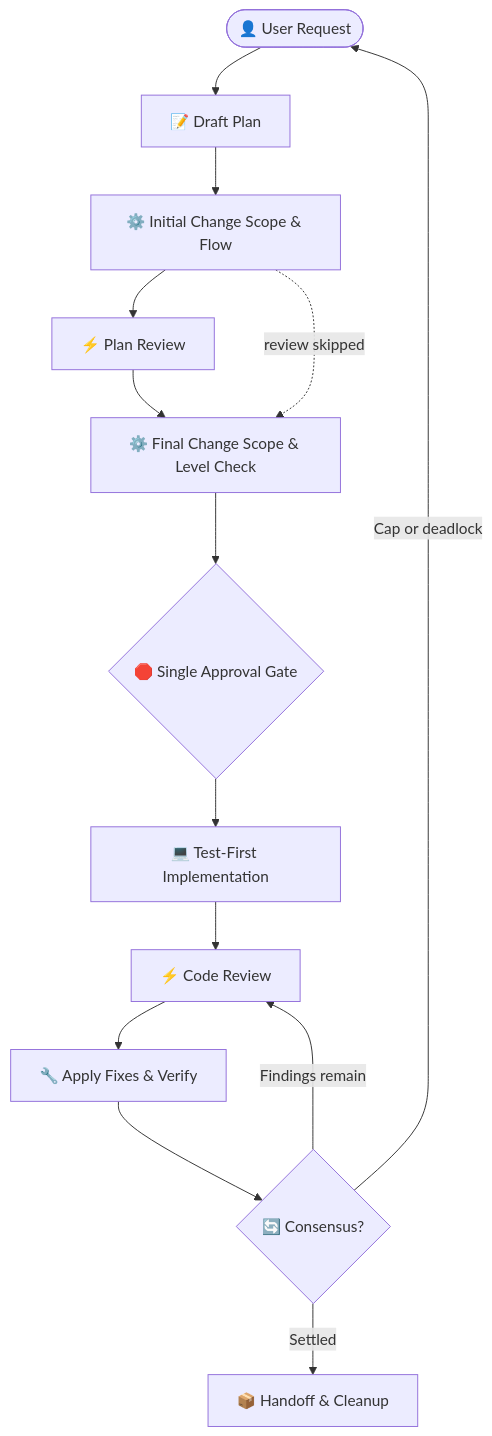
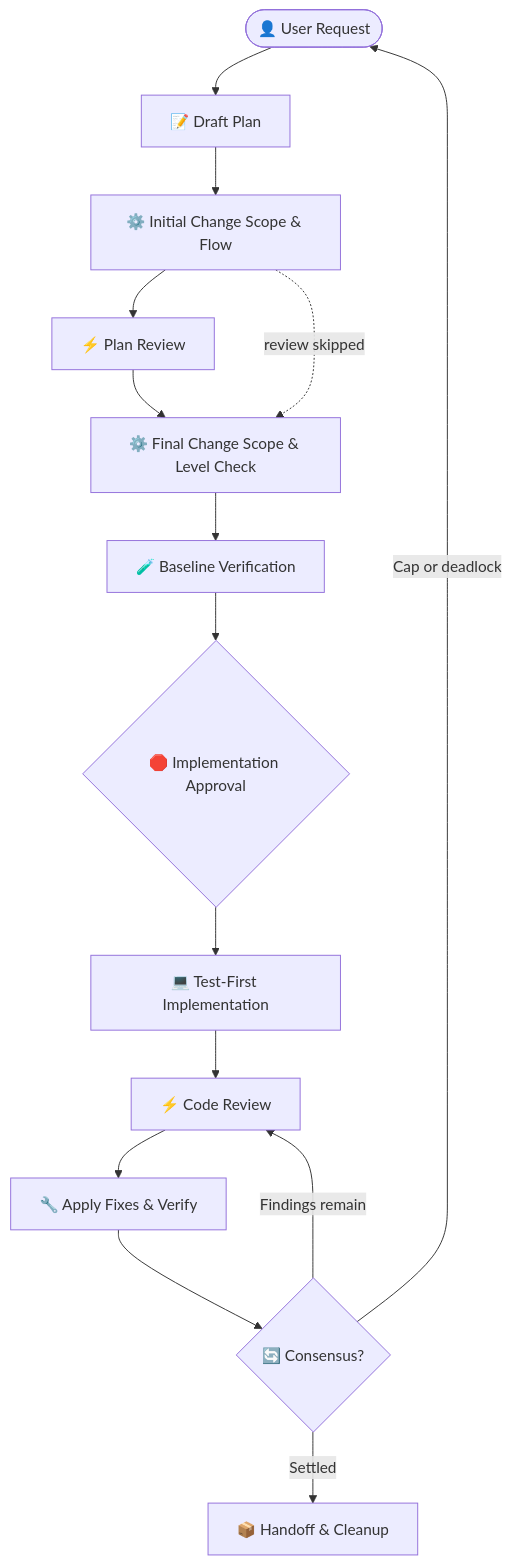
Before and after one commit to Gyunikuchan/dispatch-skills: the diagram in skills/implement-dispatch/README.md, drawn with Mermaid. The commit also changed other lines of this file and 22 other files, not shown here.

````diff
--- a/skills/implement-dispatch/README.md
+++ b/skills/implement-dispatch/README.md
@@ -7,16 +7,17 @@
 ```mermaid
 flowchart TD
     User(["👤 User Request"]) --> Plan["📝 Draft Plan"]
     Plan --> Scope["⚙️ Initial Change Scope & Flow"]
     Scope --> PlanReview["⚡ Plan Review"]
     PlanReview --> FinalScope["⚙️ Final Change Scope & Level Check"]
     Scope -.->|review skipped| FinalScope
-    FinalScope --> Gate{"🛑 Single Approval Gate"}
+    FinalScope --> Baseline["🧪 Baseline Verification"]
+    Baseline --> Gate{"🛑 Implementation Approval"}
     Gate --> Implementation["💻 Test-First Implementation"]
     Implementation --> CodeReview["⚡ Code Review"]
     CodeReview --> Fix["🔧 Apply Fixes & Verify"]
     Fix --> Consensus{"🔄 Consensus?"}
     Consensus -->|Findings remain| CodeReview
     Consensus -->|Settled| Handoff["📦 Handoff & Cleanup"]
     Consensus -->|Cap or deadlock| User
 ```
````
